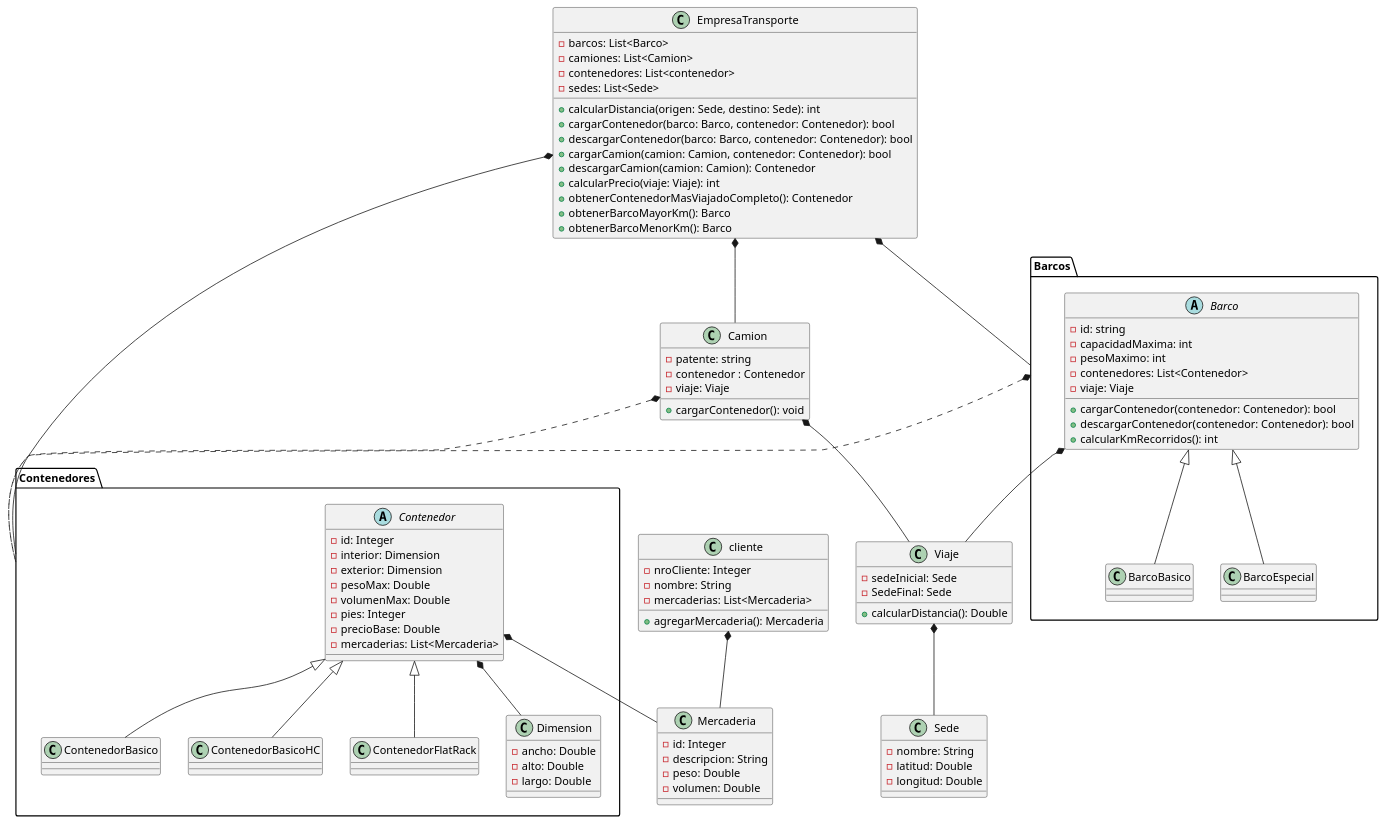
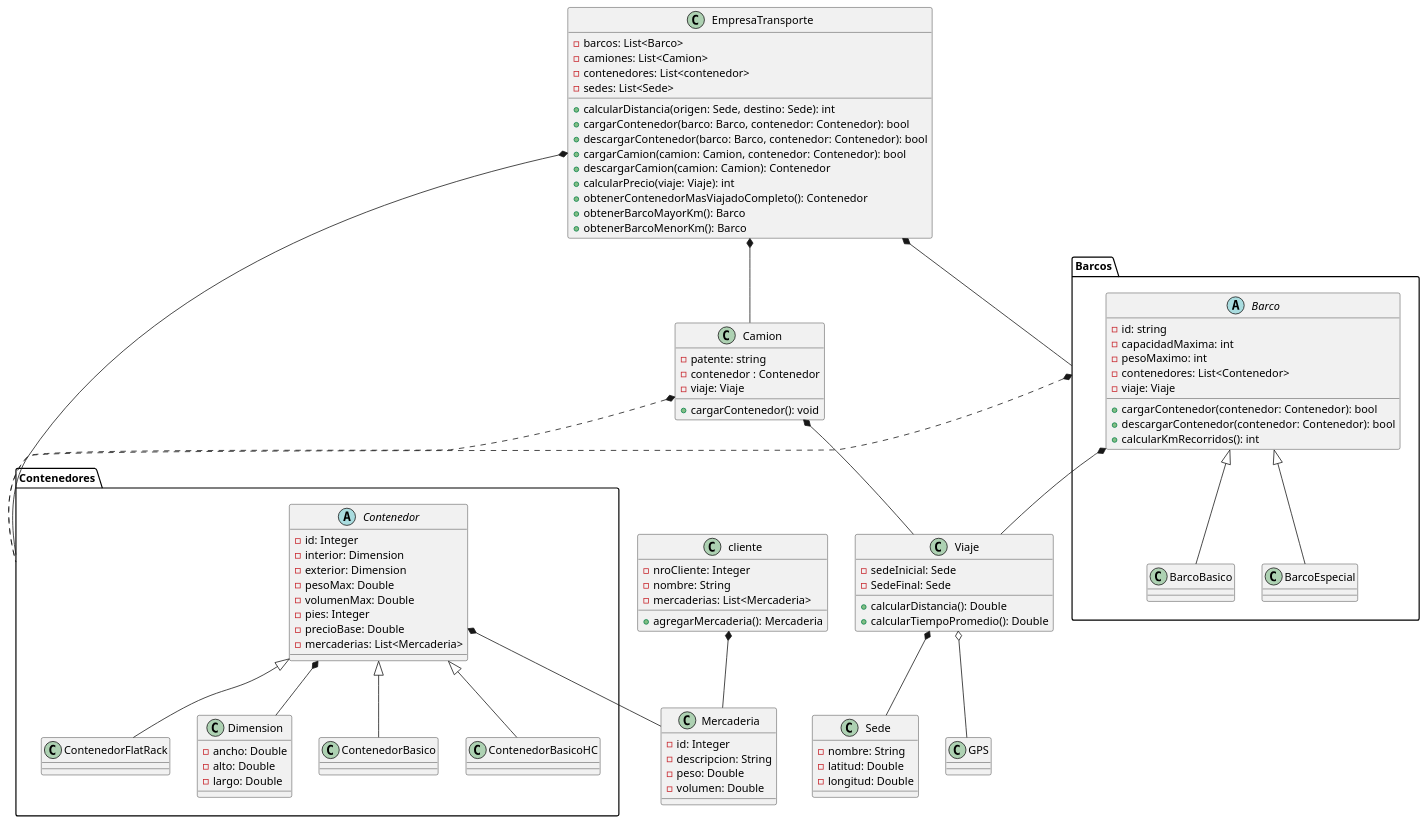
The diagram in TP/diagrama/diagrama.puml (LMontes94/LaboIII), drawn with PlantUML before and after one commit. The commit also changed 5 other files, not shown here.

Commit message:
diagramas de tp

```diff
--- a/TP/diagrama/diagrama.puml
+++ b/TP/diagrama/diagrama.puml
@@ -1,120 +1,122 @@
 @startuml
 
 class EmpresaTransporte{
     - barcos: List<Barco>
     - camiones: List<Camion>
     - contenedores: List<contenedor>
     - sedes: List<Sede>
 
     + calcularDistancia(origen: Sede, destino: Sede): int
     + cargarContenedor(barco: Barco, contenedor: Contenedor): bool
     + descargarContenedor(barco: Barco, contenedor: Contenedor): bool
     + cargarCamion(camion: Camion, contenedor: Contenedor): bool
     + descargarCamion(camion: Camion): Contenedor
     + calcularPrecio(viaje: Viaje): int
     + obtenerContenedorMasViajadoCompleto(): Contenedor
     + obtenerBarcoMayorKm(): Barco
     + obtenerBarcoMenorKm(): Barco
 }
 
 package Barcos{
 
   abstract class Barco{
    - id: string 
    - capacidadMaxima: int
    - pesoMaximo: int
    - contenedores: List<Contenedor>
    - viaje: Viaje 
 
    + cargarContenedor(contenedor: Contenedor): bool
    + descargarContenedor(contenedor: Contenedor): bool
    + calcularKmRecorridos(): int
   }
 
   class BarcoBasico{}
   class BarcoEspecial{}
 
 }
 
 package Contenedores{
   abstract class Contenedor{
        - id: Integer
        - interior: Dimension
        - exterior: Dimension
        - pesoMax: Double 
        - volumenMax: Double 
        - pies: Integer
        - precioBase: Double  
        - mercaderias: List<Mercaderia>
    }
    
    class ContenedorBasico{}
    class ContenedorBasicoHC{}
    class ContenedorFlatRack{}
    class Dimension{
     - ancho: Double
     - alto: Double 
     - largo: Double  
    }
 }
 
 class Camion{
     - patente: string
     - contenedor : Contenedor
     - viaje: Viaje 
     + cargarContenedor(): void 
 }
 
 class Mercaderia{
     - id: Integer
     - descripcion: String 
     - peso: Double 
     - volumen: Double 
 }
 
 class cliente{
     - nroCliente: Integer
     - nombre: String
     - mercaderias: List<Mercaderia>
 
     + agregarMercaderia(): Mercaderia 
 }
 
 class Viaje{
     - sedeInicial: Sede 
     - SedeFinal: Sede 
 
     + calcularDistancia(): Double 
+    + calcularTiempoPromedio(): Double
 }
 
 class Sede{
     - nombre: String 
     - latitud: Double 
     - longitud: Double 
 }
   'Relaciones
 
   EmpresaTransporte *-- Barcos 
   EmpresaTransporte *-- Contenedores
   EmpresaTransporte *-- Camion 
 
   Barco <|-- BarcoBasico
   Barco <|-- BarcoEspecial
 
   Contenedor <|-- ContenedorBasico
   Contenedor <|-- ContenedorBasicoHC 
   Contenedor <|-- ContenedorFlatRack 
   
   Barcos *.. Contenedores
   Camion *.r. Contenedores 
 
   Contenedor *-- Mercaderia 
   Contenedor *-- Dimension
 
   cliente *-- Mercaderia
 
   Barco *-- Viaje 
   Camion *-- Viaje 
 
   Viaje *-- Sede 
+  Viaje o-- GPS
 @enduml
```
